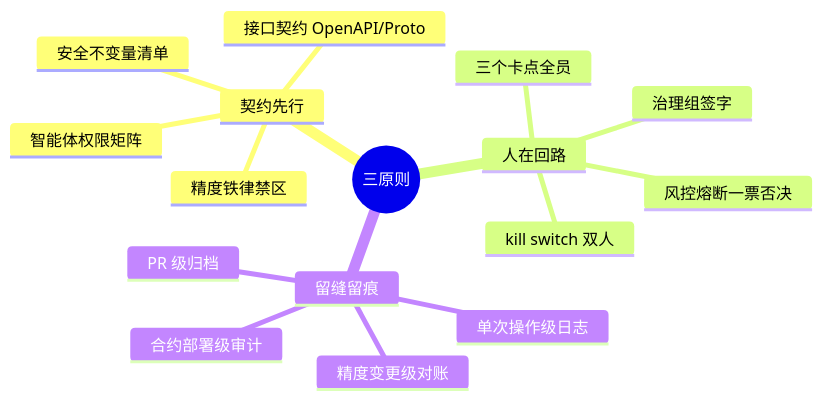
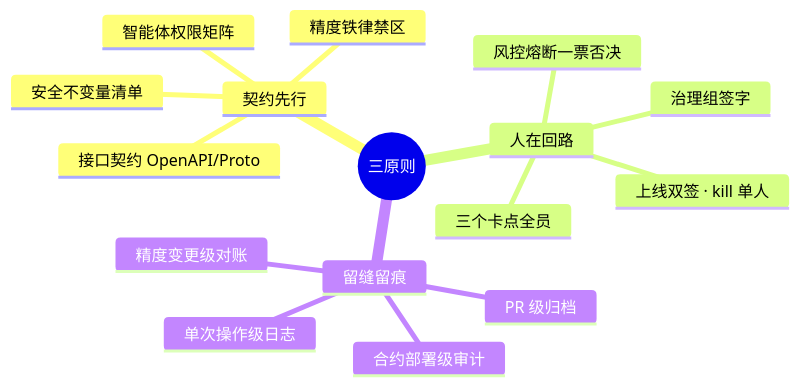
Before and after one commit to funny8kids/AI_Native_Software_Engineering: the second of 2 diagrams in docs/manuscript/ch38-第33章-四案例交叉启示.md, drawn with Mermaid. The commit also changed other lines of this file and 81 other files, not shown here.

````diff
--- a/docs/manuscript/ch38-第33章-四案例交叉启示.md
+++ b/docs/manuscript/ch38-第33章-四案例交叉启示.md
@@ -85,19 +90,19 @@
 ```mermaid
 mindmap
   root((三原则))
     契约先行
       接口契约 OpenAPI/Proto
       精度铁律禁区
       安全不变量清单
       智能体权限矩阵
     人在回路
       治理组签字
       风控熔断一票否决
-      kill switch 双人
+      上线双签 · kill 单人
       三个卡点全员
     留缝留痕
       PR 级归档
       精度变更级对账
       合约部署级审计
       单次操作级日志
 ```
````
